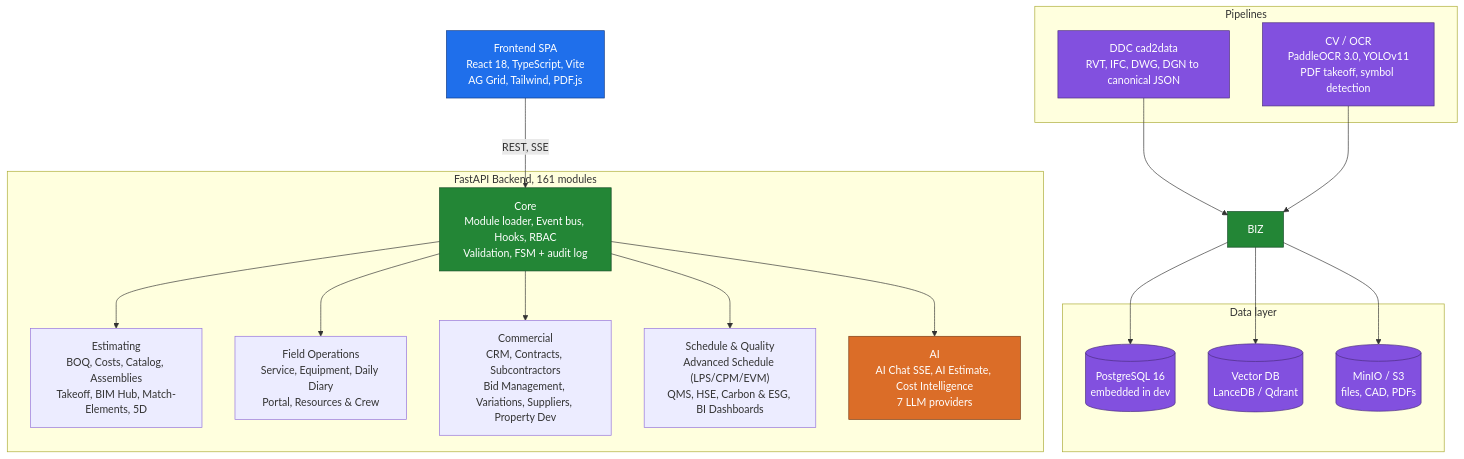
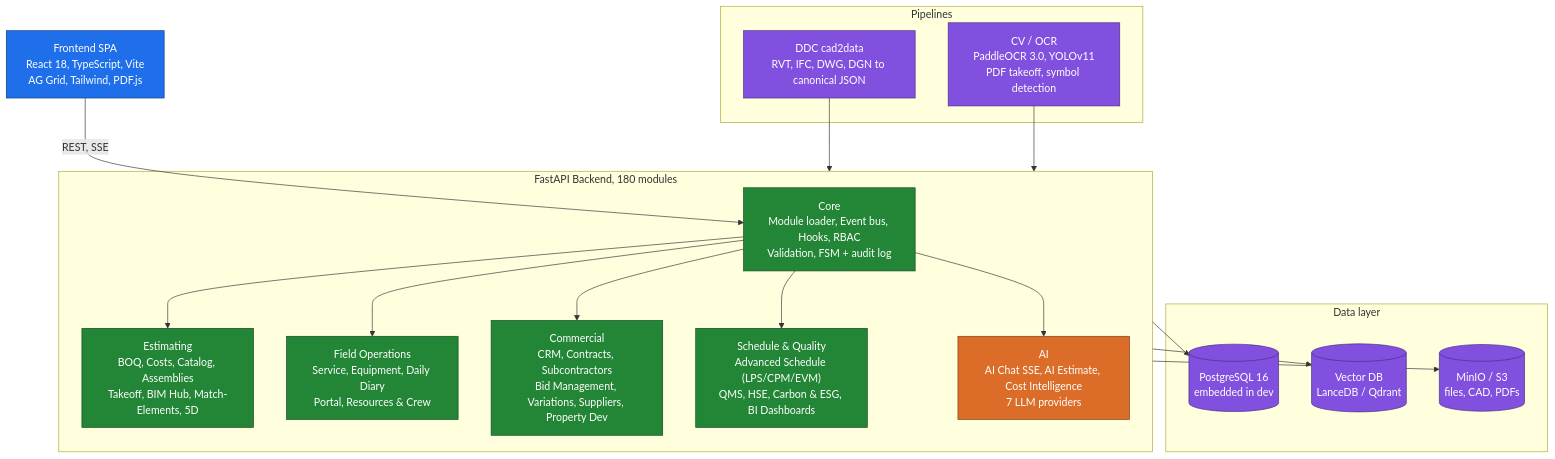
The ninth of 9 diagrams in README.md (ChengXinDL/OpenConstructionERP), drawn with Mermaid before and after one commit. The commit also changed other lines of this file and 5 other files, not shown here.

First line of the commit message:
docs(readme): redraw the workflow diagrams in Mermaid and show five more modules

````diff
--- a/README.md
+++ b/README.md
@@ -961,45 +964,45 @@
 ```mermaid
 flowchart TB
     UI["Frontend SPA<br>React 18, TypeScript, Vite<br>AG Grid, Tailwind, PDF.js"]
 
-    subgraph Backend ["FastAPI Backend, 161 modules"]
+    subgraph Backend ["FastAPI Backend, 180 modules"]
         CORE["Core<br>Module loader, Event bus, Hooks, RBAC<br>Validation, FSM + audit log"]
         ESTIM["Estimating<br>BOQ, Costs, Catalog, Assemblies<br>Takeoff, BIM Hub, Match-Elements, 5D"]
         FIELD["Field Operations<br>Service, Equipment, Daily Diary<br>Portal, Resources & Crew"]
         COMM["Commercial<br>CRM, Contracts, Subcontractors<br>Bid Management, Variations, Suppliers, Property Dev"]
         QSAFE["Schedule & Quality<br>Advanced Schedule (LPS/CPM/EVM)<br>QMS, HSE, Carbon & ESG, BI Dashboards"]
         AIS["AI<br>AI Chat SSE, AI Estimate, Cost Intelligence<br>7 LLM providers"]
         CORE --> ESTIM
         CORE --> FIELD
         CORE --> COMM
         CORE --> QSAFE
         CORE --> AIS
     end
 
     subgraph Data ["Data layer"]
         PG[("PostgreSQL 16<br>embedded in dev")]
         VEC[("Vector DB<br>LanceDB / Qdrant")]
         S3[("MinIO / S3<br>files, CAD, PDFs")]
     end
 
     subgraph Pipelines ["Pipelines"]
         CAD["DDC cad2data<br>RVT, IFC, DWG, DGN to canonical JSON"]
         CV["CV / OCR<br>PaddleOCR 3.0, YOLOv11<br>PDF takeoff, symbol detection"]
     end
 
     UI -- "REST, SSE" --> CORE
-    BIZ --> PG
-    BIZ --> VEC
-    BIZ --> S3
-    CAD --> BIZ
-    CV --> BIZ
+    Backend --> PG
+    Backend --> VEC
+    Backend --> S3
+    CAD --> Backend
+    CV --> Backend
 
     classDef fe fill:#1f6feb,stroke:#0d3885,color:#fff;
     classDef be fill:#238636,stroke:#104822,color:#fff;
     classDef ai fill:#db6d28,stroke:#7a3c14,color:#fff;
     classDef data fill:#8250df,stroke:#4a2c7d,color:#fff;
     class UI fe
-    class CORE,BIZ be
+    class CORE,ESTIM,FIELD,COMM,QSAFE be
     class AIS ai
     class PG,VEC,S3,CAD,CV data
 ```
````
